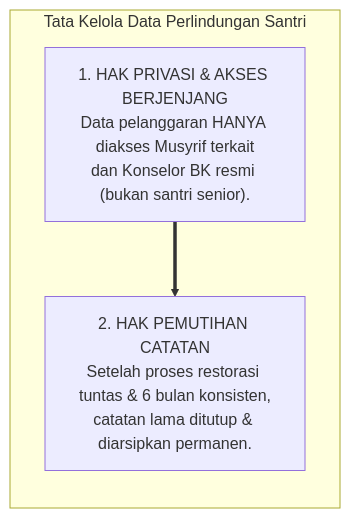
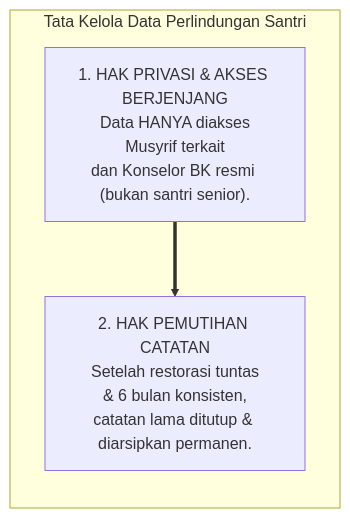
The fourth of 4 diagrams in BOOK Series 1/01-The-Fundamental-of-TUMBUH/Bab-09-Tata-Kelola-Epistemik-dan-Etika-Pengambilan-Keputusan.md (wandiapriliyandi/tumbuh), drawn with Mermaid before and after one commit. The commit also changed other lines of this file and 37 other files, not shown here.

Commit message:
fix(book-01): optimasi pemenggalan teks dan overflow seluruh diagram serta render ulang 20 PDF

````diff
--- a/BOOK Series 1/01-The-Fundamental-of-TUMBUH/Bab-09-Tata-Kelola-Epistemik-dan-Etika-Pengambilan-Keputusan.md
+++ b/BOOK Series 1/01-The-Fundamental-of-TUMBUH/Bab-09-Tata-Kelola-Epistemik-dan-Etika-Pengambilan-Keputusan.md
@@ -180,9 +180,9 @@
 ```mermaid
 graph TD
     subgraph DUA_PILAR_DATA_TUMBUH["Tata Kelola Data Perlindungan Santri"]
         direction TB
-        P1["1. HAK PRIVASI & AKSES BERJENJANG<br/>Data pelanggaran HANYA diakses Musyrif terkait<br/>dan Konselor BK resmi (bukan santri senior)."]
-        P2["2. HAK PEMUTIHAN CATATAN<br/>Setelah proses restorasi tuntas & 6 bulan konsisten,<br/>catatan lama ditutup & diarsipkan permanen."]
+        P1["1. HAK PRIVASI & AKSES BERJENJANG<br/>Data HANYA diakses<br/>Musyrif terkait<br/>dan Konselor BK resmi (bukan santri senior)."]
+        P2["2. HAK PEMUTIHAN CATATAN<br/>Setelah restorasi tuntas<br/>& 6 bulan konsisten,<br/>catatan lama ditutup & diarsipkan permanen."]
         P1 ==> P2
     end
 ```
````
